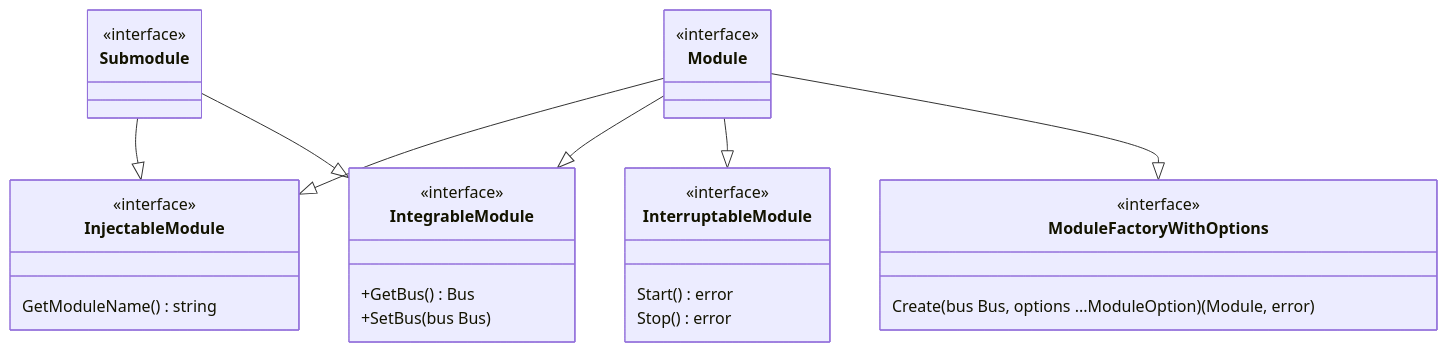
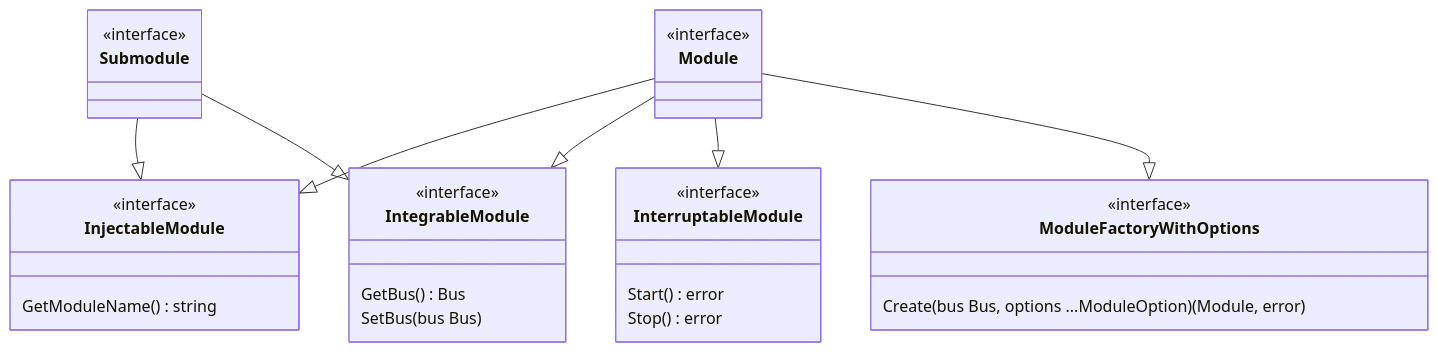
One commit to pokt-network/pocket changed the second of 3 diagrams in shared/modules/doc/README.md. Above: the diagram before and after it, drawn with Mermaid. The commit also changed other lines of this file, not shown here.

````diff
--- a/shared/modules/doc/README.md
+++ b/shared/modules/doc/README.md
@@ -33,39 +99,40 @@
 ```mermaid
 classDiagram
+    direction TB
 
 	class IntegrableModule {
 		<<interface>>
-		+GetBus() Bus
-		+SetBus(bus Bus)
+		GetBus() Bus
+		SetBus(bus Bus)
 	}
 
 	class ModuleFactoryWithOptions {
 		<<interface>>
 		Create(bus Bus, options ...ModuleOption) (Module, error)
 	}
 
 	class Module {
 		<<interface>>
 	}
 	class InjectableModule {
 		<<interface>>
 		GetModuleName() string
 	}
 	class InterruptableModule {
 		<<interface>>
 		Start() error
 		Stop() error
 	}
 
 	Module --|> InjectableModule
 	Module --|> IntegrableModule
 	Module --|> InterruptableModule
 	Module --|> ModuleFactoryWithOptions
 
 	class Submodule {
 		<<interface>>
 	}
 
 	Submodule --|> InjectableModule
 	Submodule --|> IntegrableModule
 ```
````
